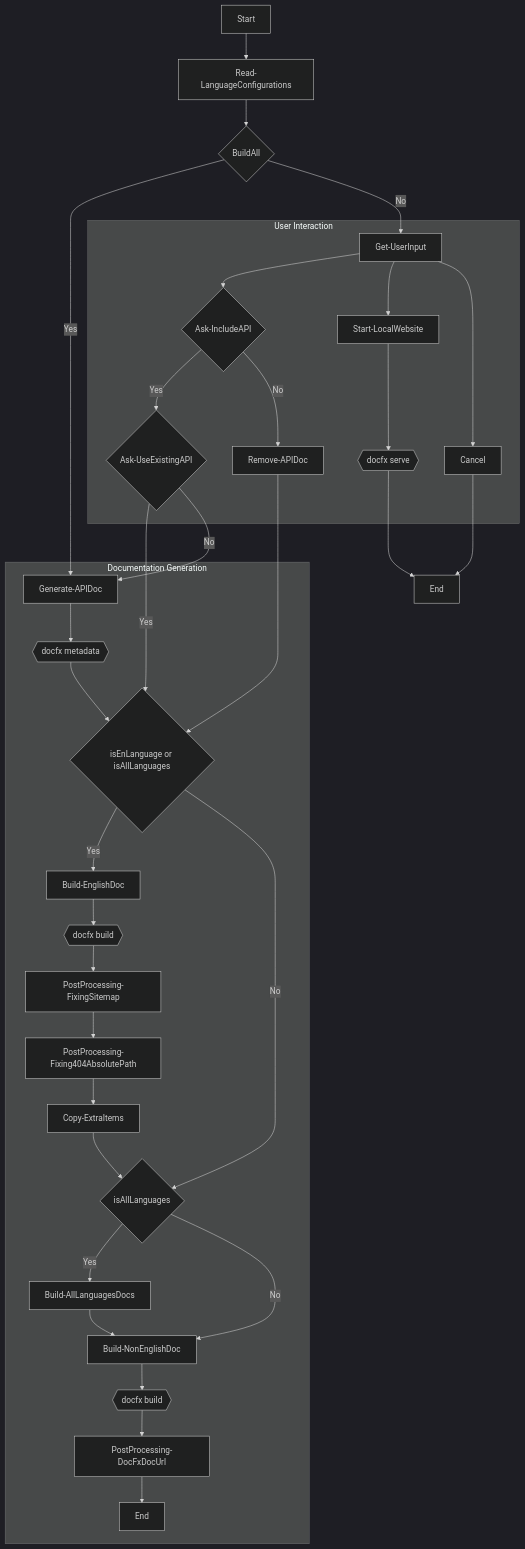
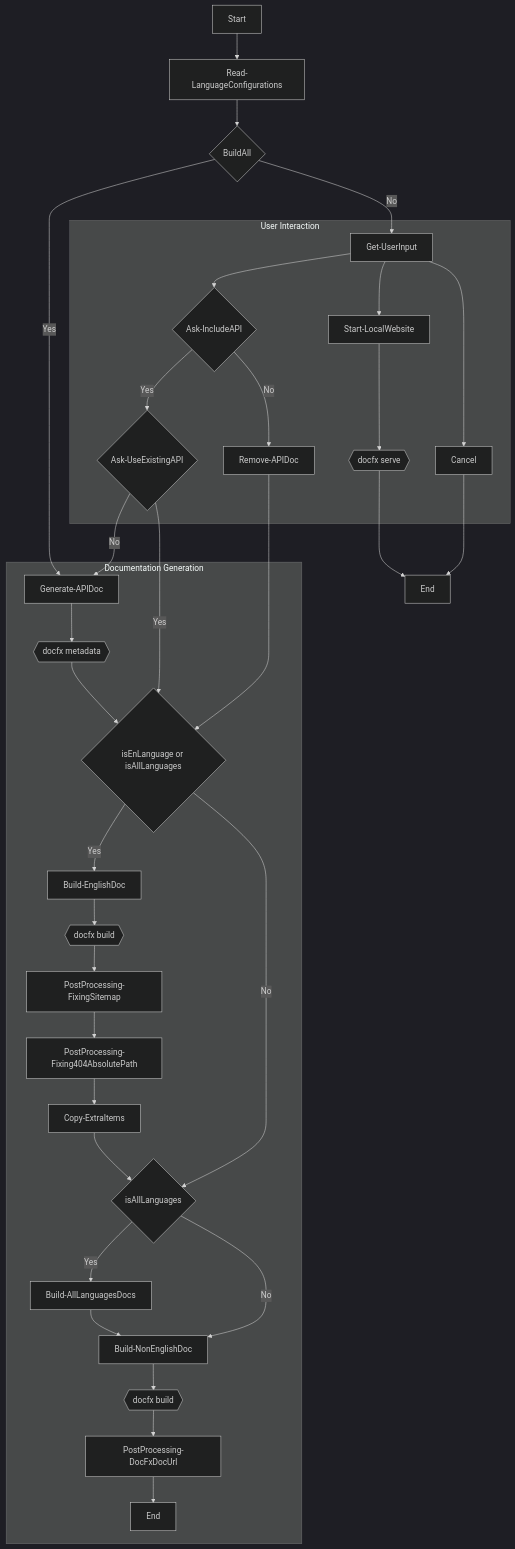
One commit to stride3d/stride-docs changed the diagram in wiki/Understanding-the-Stride-Documentation-Generation-Pipeline.md. Above: the diagram before and after it, drawn with Mermaid (dark theme). The commit also changed other lines of this file, not shown here.

Commit message:
fix: Diagram paths updated

````diff
--- a/wiki/Understanding-the-Stride-Documentation-Generation-Pipeline.md
+++ b/wiki/Understanding-the-Stride-Documentation-Generation-Pipeline.md
@@ -85,59 +85,59 @@
 ``` mermaid
 %% Define styles
 
 %% Main Graph
 graph TB
 
 %% Nodes
     Start[Start]
     A[Read-LanguageConfigurations]
     B{BuildAll}
     C[Get-UserInput]
     D[Generate-APIDoc]
     E{Ask-IncludeAPI}
     E1{Ask-UseExistingAPI}
     End[End]
     F[Start-LocalWebsite]
     G[Cancel]
     H[Remove-APIDoc]
     M{isEnLanguage or isAllLanguages}
     N[Build-EnglishDoc]
     O[PostProcessing-FixingSitemap]
     O1[PostProcessing-Fixing404AbsolutePath]
     P[Copy-ExtraItems]
     R{isAllLanguages}
     S[Build-AllLanguagesDocs]
     T[Build-NonEnglishDoc]
     Y[PostProcessing-DocFxDocUrl]
     Z[End]
 
 %% Edges
     Start --> A --> B
     B -->|Yes| D
     B -->|No| C
     subgraph User Interaction
     C --> E
     E -->|Yes| E1
     E -->|No| H
     C --> F --> F1{{docfx serve}}
     C --> G
     end
     F1 --> End
     G --> End
+    E1 -->|No| D
     E1 -->|Yes| M
-    E1 -->|No| D
     subgraph Documentation Generation
     H --> M
     D --> D1{{docfx metadata}} --> M
     M -->|Yes| N
     M -->|No| R
     N --> DocFX{{docfx build}} --> O --> O1--> P
     P --> R
     R -->|Yes| S
     R -->|No| T
     S --> T
     T --> X{{docfx build}}
     X --> Y
     Y --> Z
     end
 ```
````
